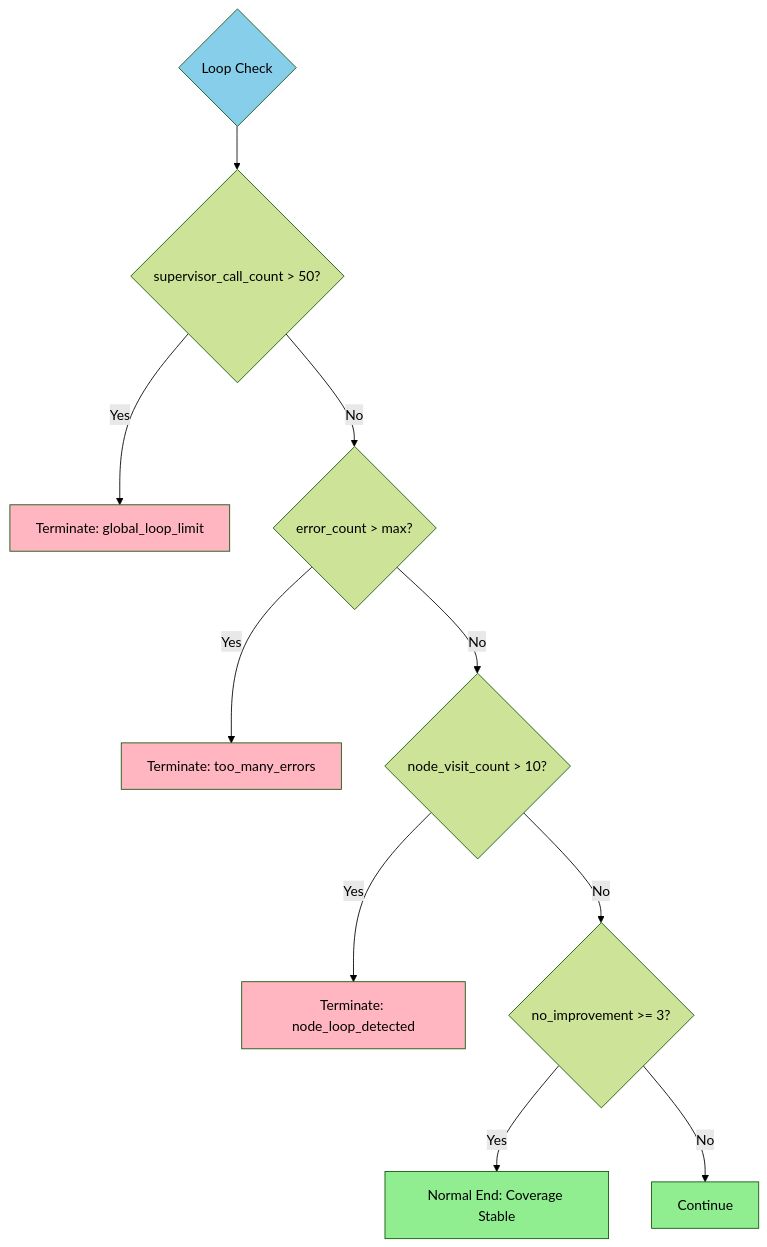
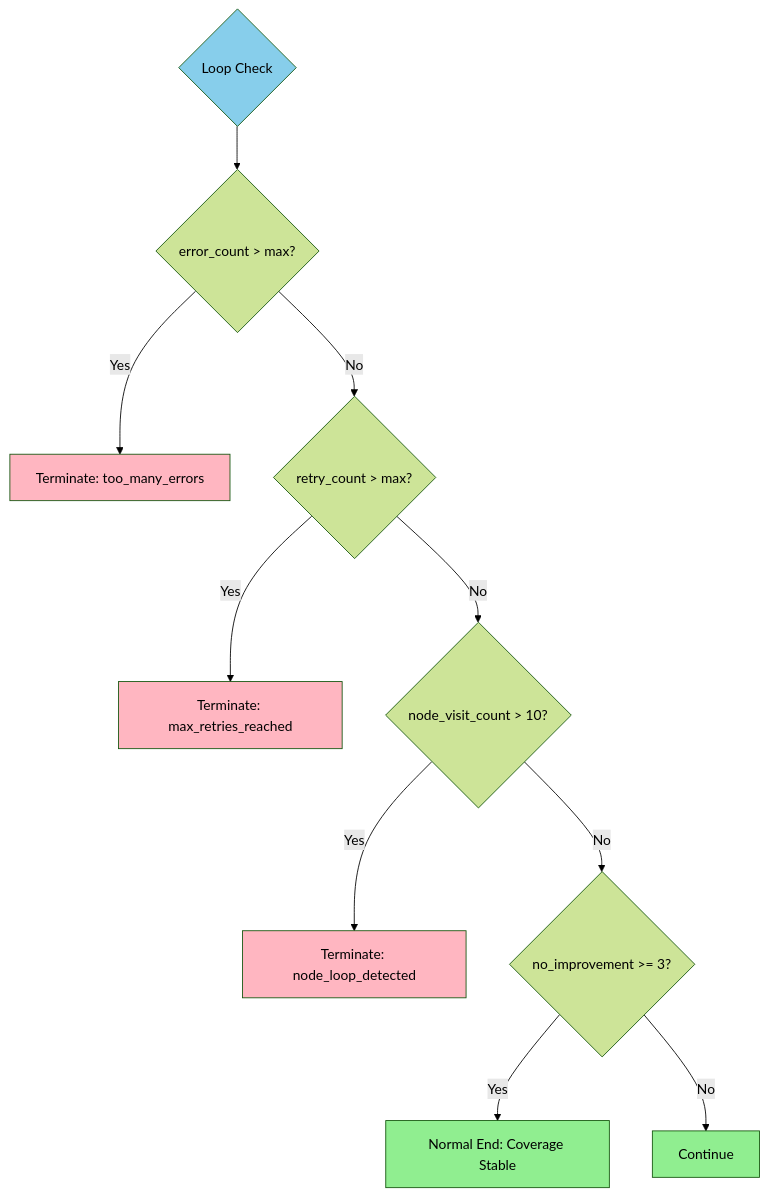
The fourth of 4 diagrams in agent_graph/README.md (google/oss-fuzz-gen), drawn with Mermaid (forest theme) before and after one commit. The commit also changed other lines of this file and 2 other files, not shown here.

````diff
--- a/agent_graph/README.md
+++ b/agent_graph/README.md
@@ -392,19 +392,19 @@
 ```mermaid
 flowchart TD
-    Check{Loop Check} --> GlobalCount{supervisor_call_count > 50?}
-    GlobalCount -->|Yes| Term1[Terminate: global_loop_limit]
-    GlobalCount -->|No| ErrorCount{error_count > max?}
-    ErrorCount -->|Yes| Term2[Terminate: too_many_errors]
-    ErrorCount -->|No| NodeVisit{node_visit_count > 10?}
+    Check{Loop Check} --> ErrorCount{error_count > max?}
+    ErrorCount -->|Yes| Term1[Terminate: too_many_errors]
+    ErrorCount -->|No| RetryCount{retry_count > max?}
+    RetryCount -->|Yes| Term2[Terminate: max_retries_reached]
+    RetryCount -->|No| NodeVisit{node_visit_count > 10?}
     NodeVisit -->|Yes| Term3[Terminate: node_loop_detected]
     NodeVisit -->|No| NoImprov{no_improvement >= 3?}
     NoImprov -->|Yes| Term4[Normal End: Coverage Stable]
     NoImprov -->|No| Continue[Continue]
     
     style Check fill:#87CEEB
     style Term1 fill:#FFB6C1
     style Term2 fill:#FFB6C1
     style Term3 fill:#FFB6C1
     style Term4 fill:#90EE90
     style Continue fill:#90EE90
 ```
````
